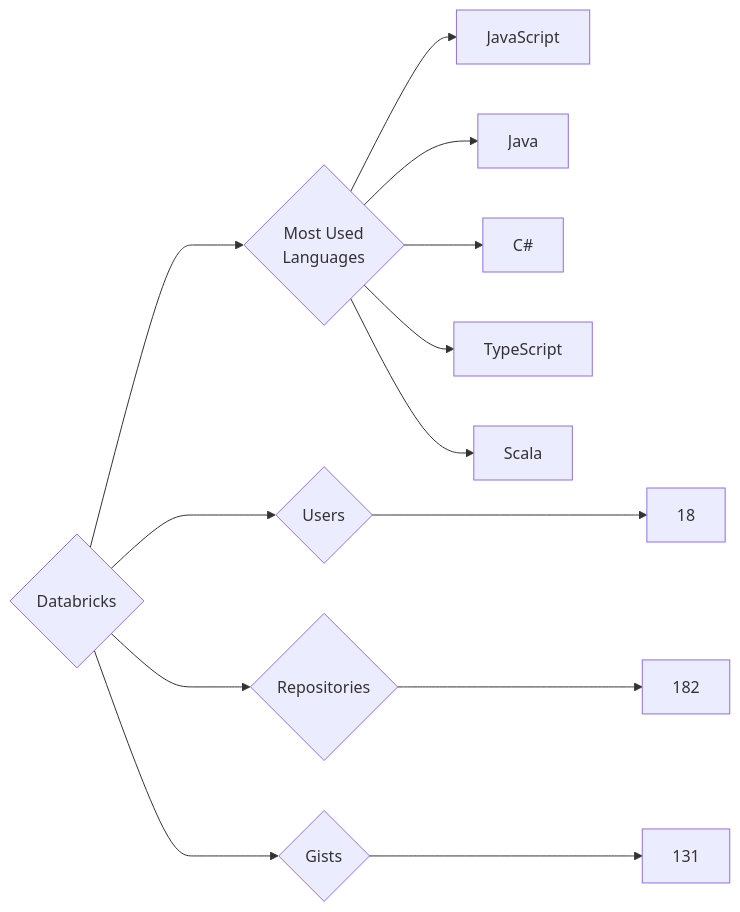
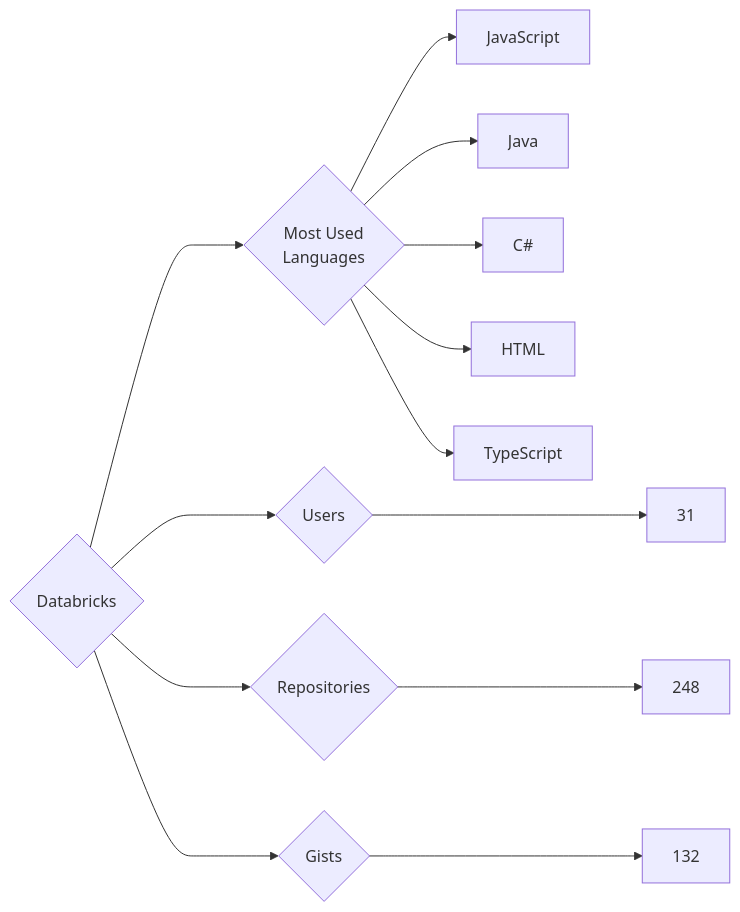
Before and after one commit to trickest/insiders: the diagram in targets/Databricks/README.md, drawn with Mermaid. The commit also changed 681 other files, not shown here.

````diff
--- a/targets/Databricks/README.md
+++ b/targets/Databricks/README.md
@@ -3,13 +3,13 @@
 ```mermaid
 graph LR
 COMPANY_NAME{Databricks}
-COMPANY_NAME ---> U{Users} ---> UN[18]
-COMPANY_NAME ---> R{Repositories} ---> RN[182]
-COMPANY_NAME ---> G{Gists} ---> GN[131]
+COMPANY_NAME ---> U{Users} ---> UN[31]
+COMPANY_NAME ---> R{Repositories} ---> RN[248]
+COMPANY_NAME ---> G{Gists} ---> GN[132]
 COMPANY_NAME ---> ML{Most Used<br>Languages}
 ML --> JavaScript[JavaScript]
 ML --> Java[Java]
 ML --> C#[C#]
+ML --> HTML[HTML]
 ML --> TypeScript[TypeScript]
-ML --> Scala[Scala]
 ```
````
